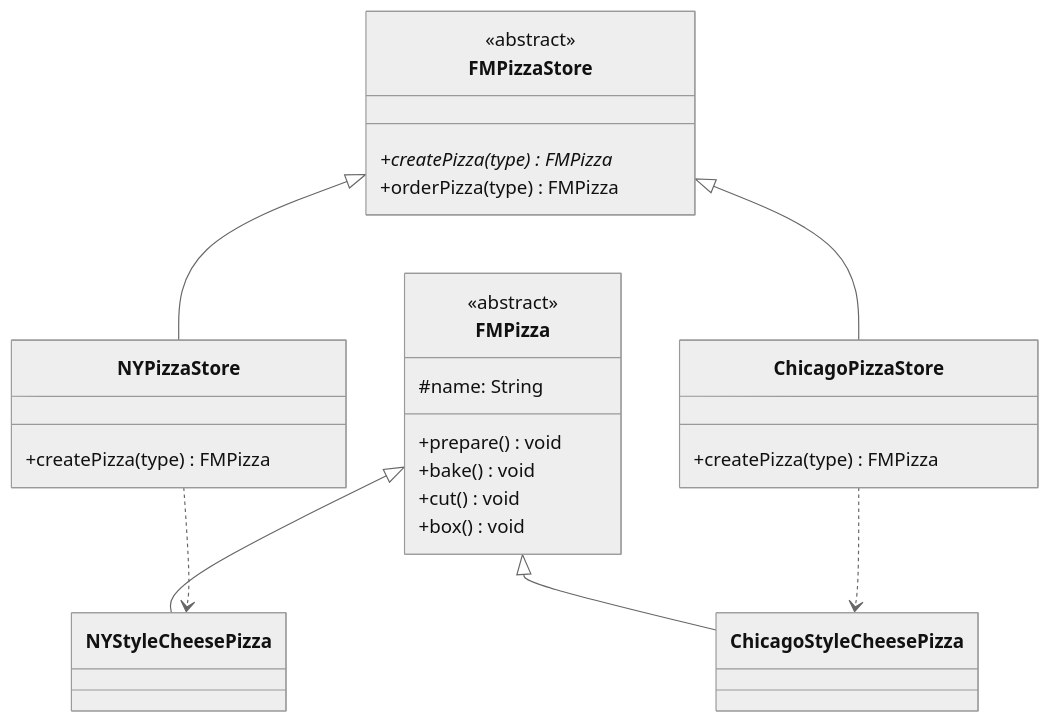
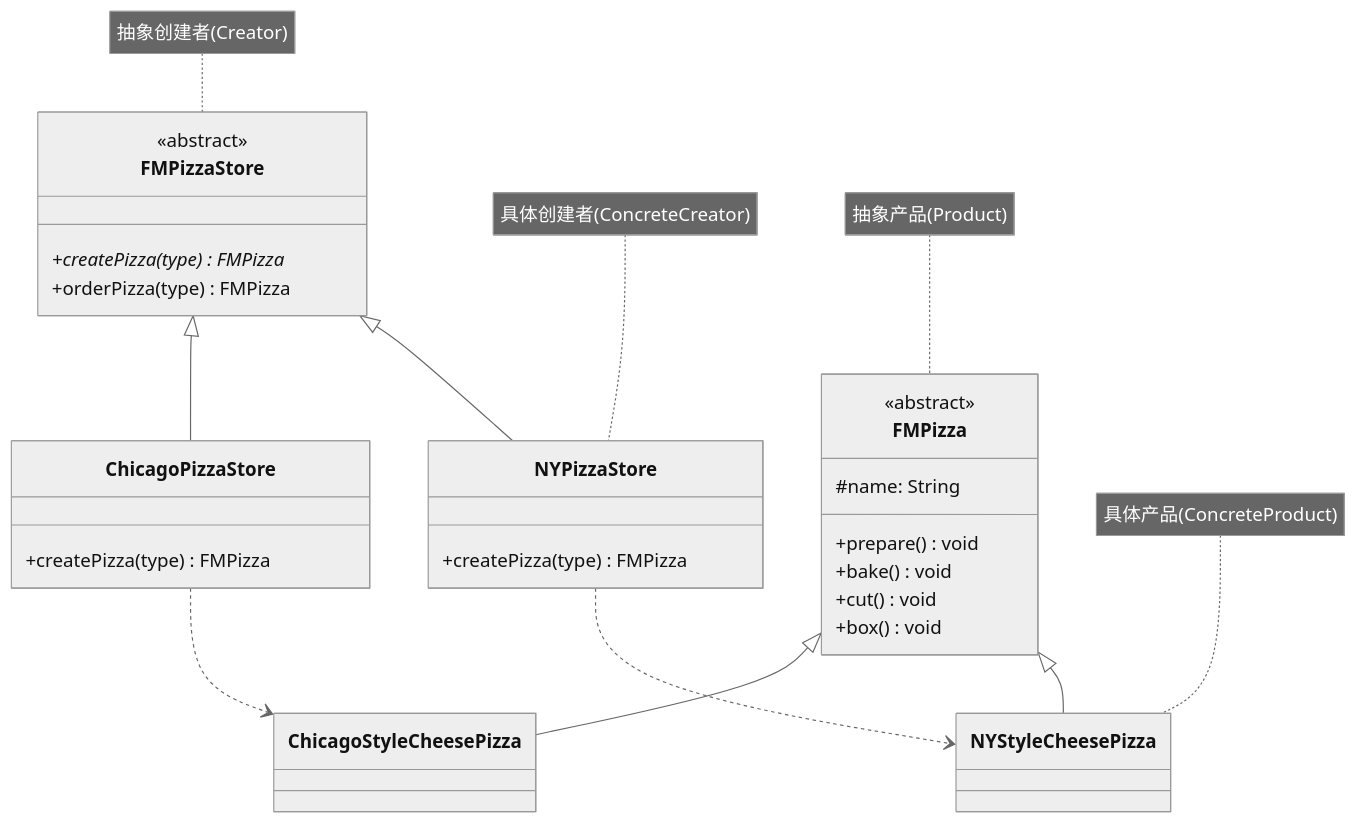
The diagram in docs/topic/design-patterns/creational-patterns/factory-method/index.md (luguosong/programming-notes), drawn with Mermaid (neutral theme) before and after one commit. The commit also changed 23 other files, not shown here.

First line of the commit message:
fix: 修正设计模式 UML 箭头类型并添加角色标注

````diff
--- a/docs/topic/design-patterns/creational-patterns/factory-method/index.md
+++ b/docs/topic/design-patterns/creational-patterns/factory-method/index.md
@@ -38,32 +38,36 @@
 ```mermaid
 classDiagram
     class FMPizzaStore {
         <<abstract>>
         +createPizza(type) FMPizza*
         +orderPizza(type) FMPizza
     }
     class NYPizzaStore {
         +createPizza(type) FMPizza
     }
     class ChicagoPizzaStore {
         +createPizza(type) FMPizza
     }
     class FMPizza {
         <<abstract>>
         #name: String
         +prepare() void
         +bake() void
         +cut() void
         +box() void
     }
     class NYStyleCheesePizza {
     }
     class ChicagoStyleCheesePizza {
     }
     FMPizzaStore <|-- NYPizzaStore
     FMPizzaStore <|-- ChicagoPizzaStore
     FMPizza <|-- NYStyleCheesePizza
     FMPizza <|-- ChicagoStyleCheesePizza
     NYPizzaStore ..> NYStyleCheesePizza
     ChicagoPizzaStore ..> ChicagoStyleCheesePizza
+    note for FMPizzaStore "抽象创建者(Creator)"
+    note for NYPizzaStore "具体创建者(ConcreteCreator)"
+    note for FMPizza "抽象产品(Product)"
+    note for NYStyleCheesePizza "具体产品(ConcreteProduct)"
 ```
````
